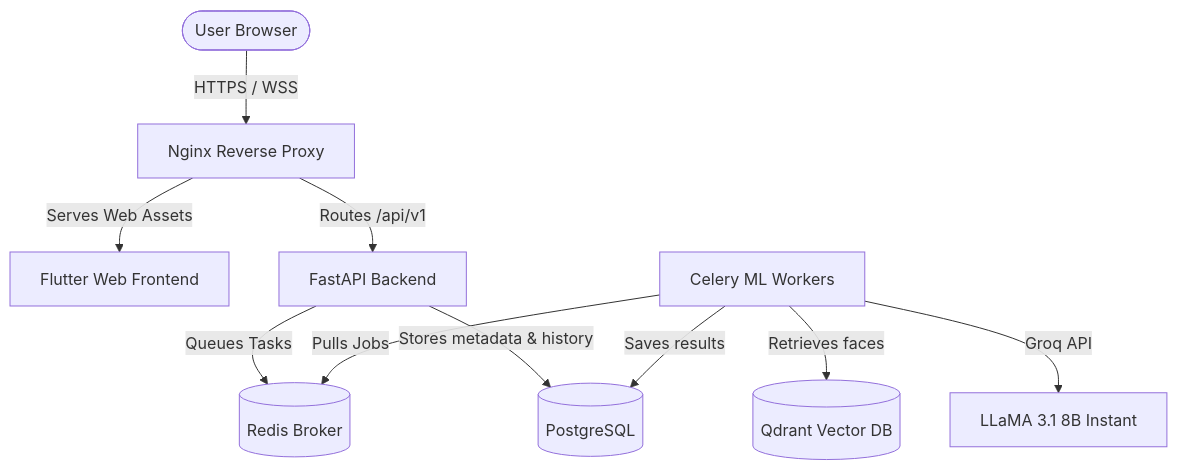
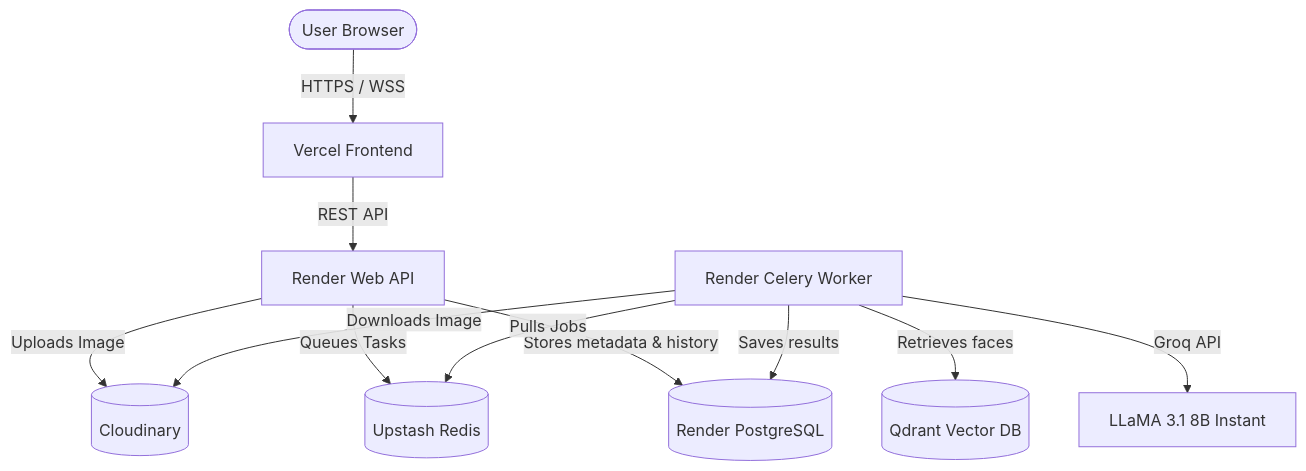
One commit to dheveshfinal/FaceInsight changed the diagram in README.md. Above: the diagram before and after it, drawn with Mermaid. The commit also changed other lines of this file, not shown here.

````diff
--- a/README.md
+++ b/README.md
@@ -11,14 +11,15 @@
 ```mermaid
 graph TD
-    User([User Browser]) -->|HTTPS / WSS| Nginx[Nginx Reverse Proxy]
-    Nginx -->|Serves Web Assets| Flutter[Flutter Web Frontend]
-    Nginx -->|Routes /api/v1| FastAPI[FastAPI Backend]
+    User([User Browser]) -->|HTTPS / WSS| Vercel[Vercel Frontend]
+    Vercel -->|REST API| FastAPI[Render Web API]
     
-    FastAPI -->|Queues Tasks| Redis[(Redis Broker)]
-    FastAPI -->|Stores metadata & history| DB[(PostgreSQL)]
+    FastAPI -->|Uploads Image| Cloudinary[(Cloudinary)]
+    FastAPI -->|Queues Tasks| Redis[(Upstash Redis)]
+    FastAPI -->|Stores metadata & history| DB[(Render PostgreSQL)]
     
-    Celery[Celery ML Workers] -->|Pulls Jobs| Redis
+    Celery[Render Celery Worker] -->|Pulls Jobs| Redis
+    Celery -->|Downloads Image| Cloudinary
     Celery -->|Saves results| DB
     Celery -->|Retrieves faces| Qdrant[(Qdrant Vector DB)]
     Celery -->|Groq API| LLM[LLaMA 3.1 8B Instant]
 ```
````
